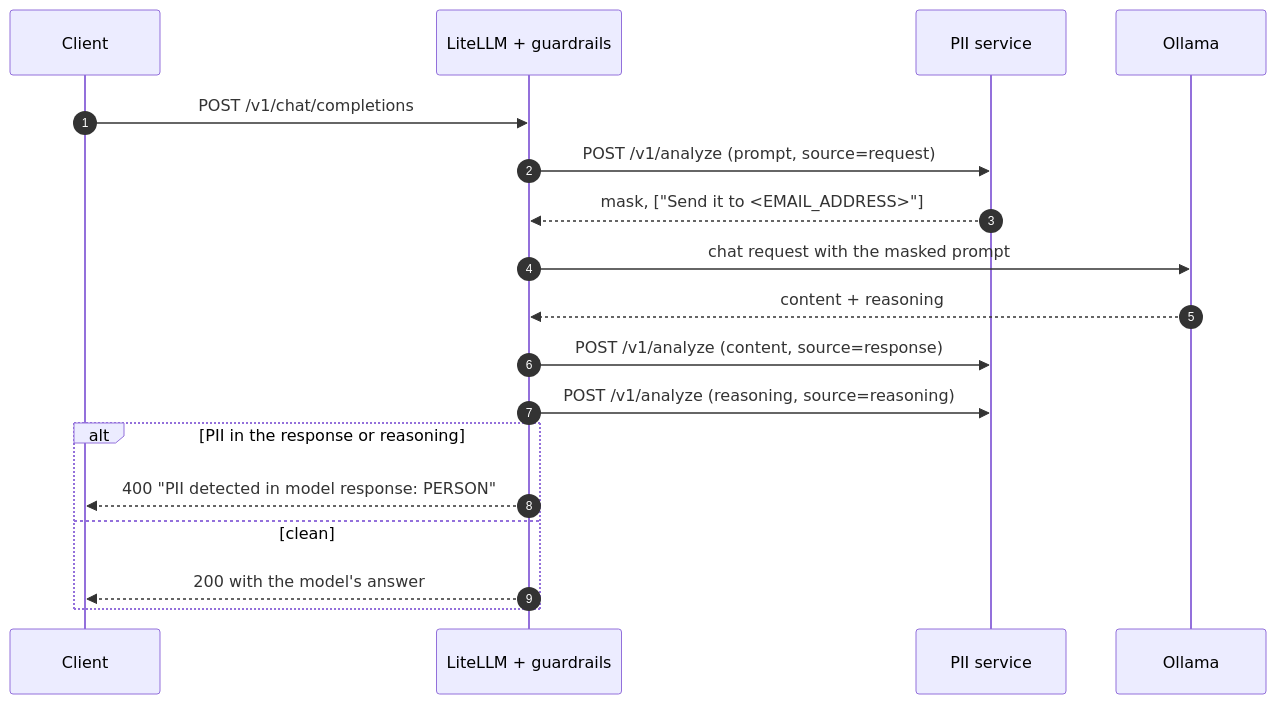
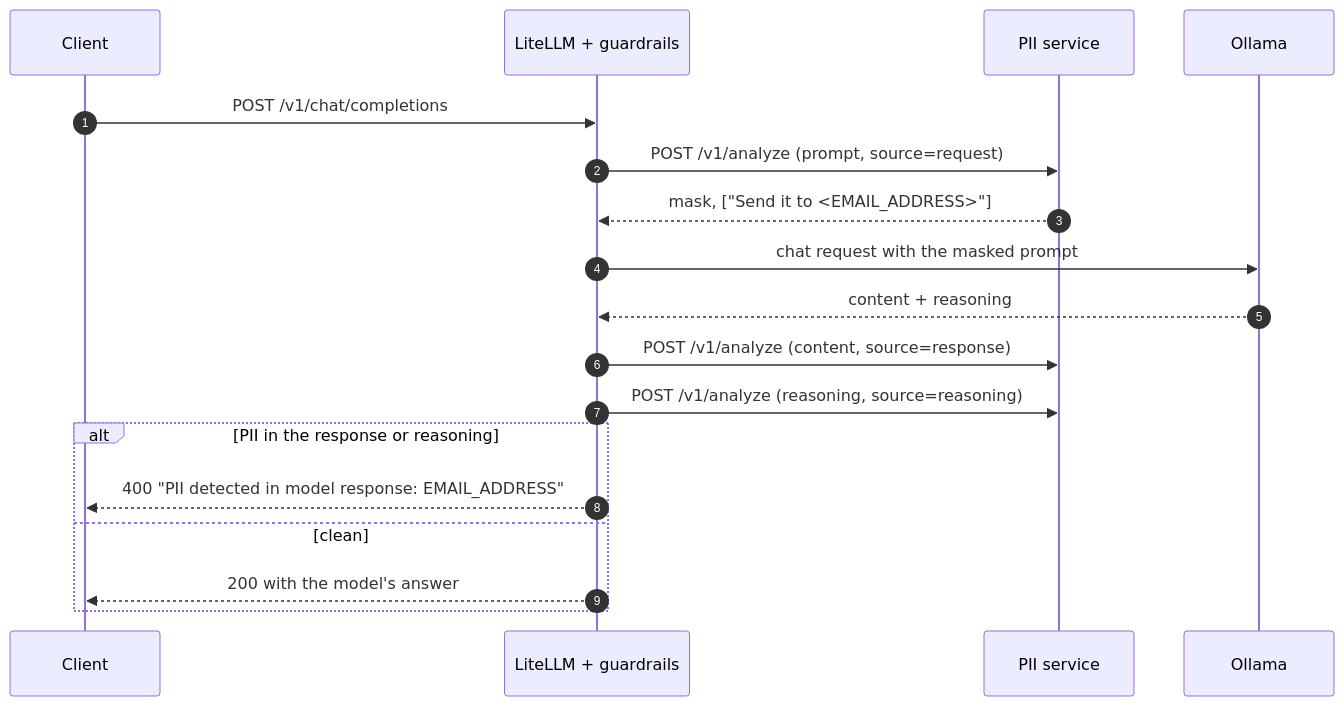
One commit to mshnjffr/litellm-guardrail changed the second of 2 diagrams in docs/implementation.md. Above: the diagram before and after it, drawn with Mermaid. The commit also changed other lines of this file and 2 other files, not shown here.

````diff
--- a/docs/implementation.md
+++ b/docs/implementation.md
@@ -55,21 +55,21 @@
 ```mermaid
 sequenceDiagram
     autonumber
     participant C as Client
     participant L as LiteLLM + guardrails
     participant P as PII service
     participant O as Ollama
 
     C->>L: POST /v1/chat/completions
     L->>P: POST /v1/analyze (prompt, source=request)
     P-->>L: mask, ["Send it to <EMAIL_ADDRESS>"]
     L->>O: chat request with the masked prompt
     O-->>L: content + reasoning
     L->>P: POST /v1/analyze (content, source=response)
     L->>P: POST /v1/analyze (reasoning, source=reasoning)
     alt PII in the response or reasoning
-        L-->>C: 400 "PII detected in model response: PERSON"
+        L-->>C: 400 "PII detected in model response: EMAIL_ADDRESS"
     else clean
         L-->>C: 200 with the model's answer
     end
 ```
````
